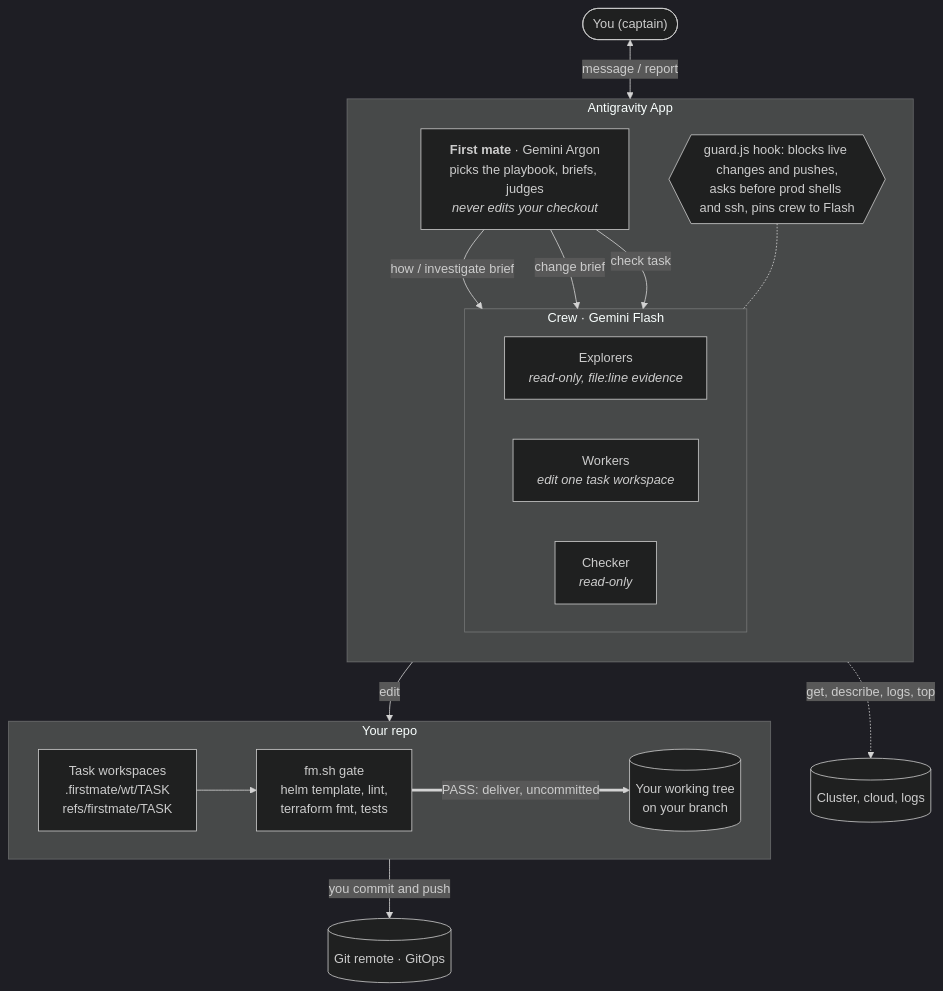
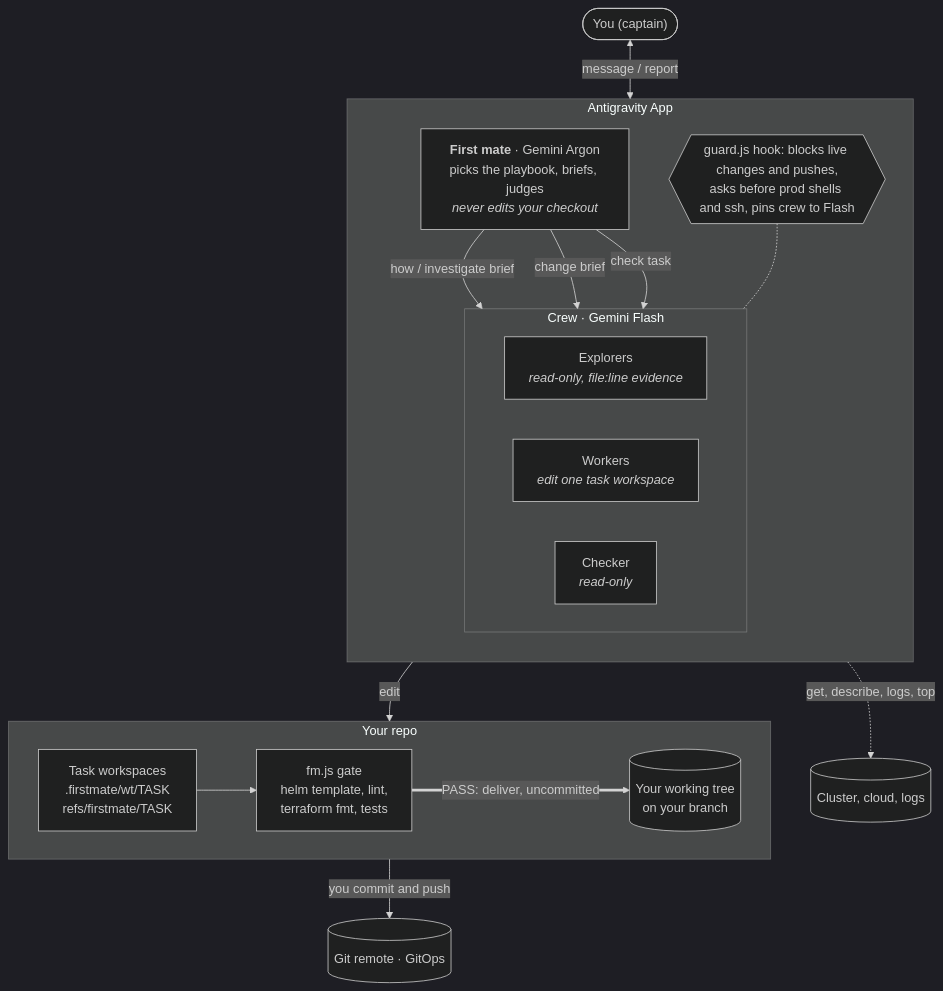
Before and after one commit to cuongtt0201/antigravity-firstmate: the first of 4 diagrams in docs/architecture.md, drawn with Mermaid (dark theme). The commit also changed other lines of this file and 23 other files, not shown here.

````diff
--- a/docs/architecture.md
+++ b/docs/architecture.md
@@ -7,37 +7,37 @@
 ```mermaid
 flowchart TB
   you(["You (captain)"])
 
   subgraph app["Antigravity App"]
     direction TB
     fm["<b>First mate</b> · Gemini Argon<br/>picks the playbook, briefs, judges<br/><i>never edits your checkout</i>"]
     subgraph crew["Crew · Gemini Flash"]
       direction LR
       inv["Explorers<br/><i>read-only, file:line evidence</i>"]
       wk["Workers<br/><i>edit one task workspace</i>"]
       ck["Checker<br/><i>read-only</i>"]
     end
     guard{{"guard.js hook: blocks live changes and pushes,<br/>asks before prod shells and ssh, pins crew to Flash"}}
   end
 
   subgraph repo["Your repo"]
     direction LR
     wt["Task workspaces<br/>.firstmate/wt/TASK<br/>refs/firstmate/TASK"]
-    gate["fm.sh gate<br/>helm template, lint,<br/>terraform fmt, tests"]
+    gate["fm.js gate<br/>helm template, lint,<br/>terraform fmt, tests"]
     tree[("Your working tree<br/>on your branch")]
   end
 
   live[("Cluster, cloud, logs")]
   remote[("Git remote · GitOps")]
 
   you <-->|"message / report"| fm
   fm -->|"how / investigate brief"| inv
   fm -->|"change brief"| wk
   fm -->|"check task"| ck
   inv -.->|"get, describe, logs, top"| live
   wk -->|"edit"| wt
   wt --> gate
   gate ==>|"PASS: deliver, uncommitted"| tree
   tree -->|"you commit and push"| remote
   guard -.- crew
 ```
````
